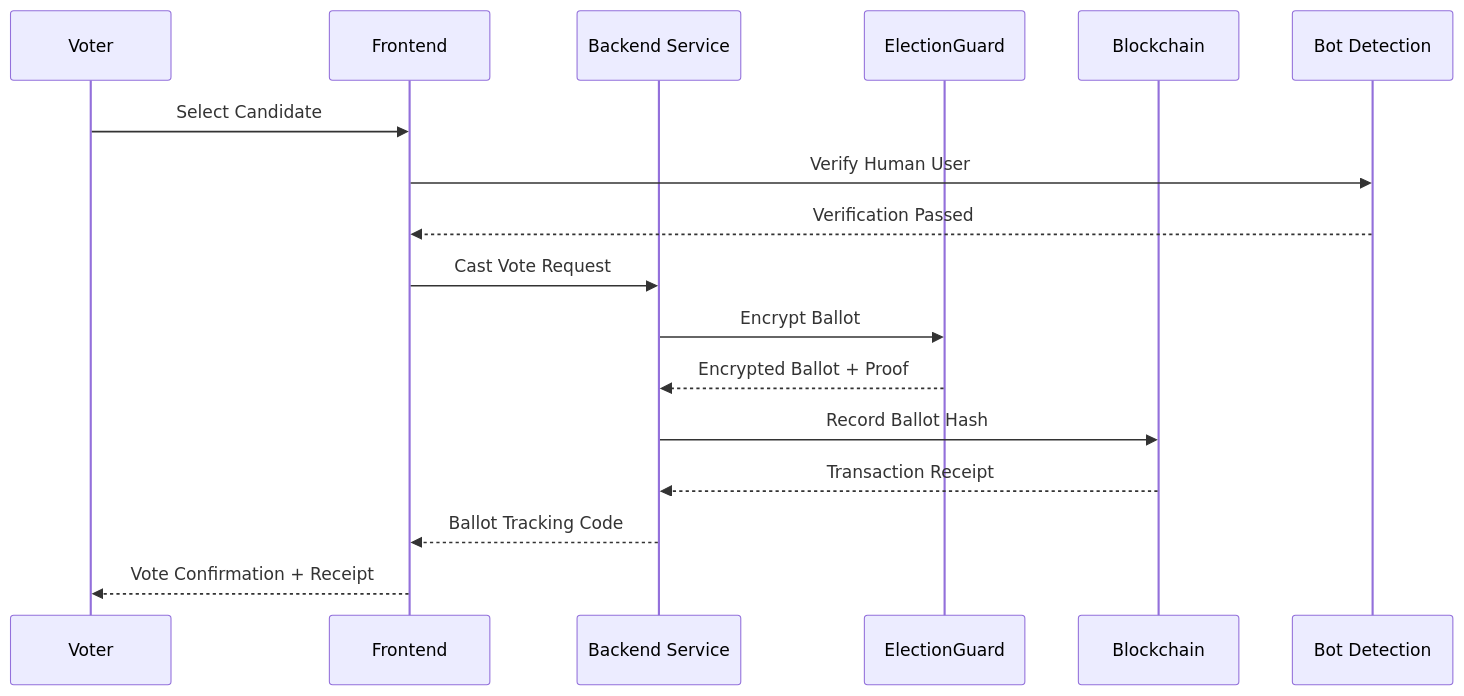
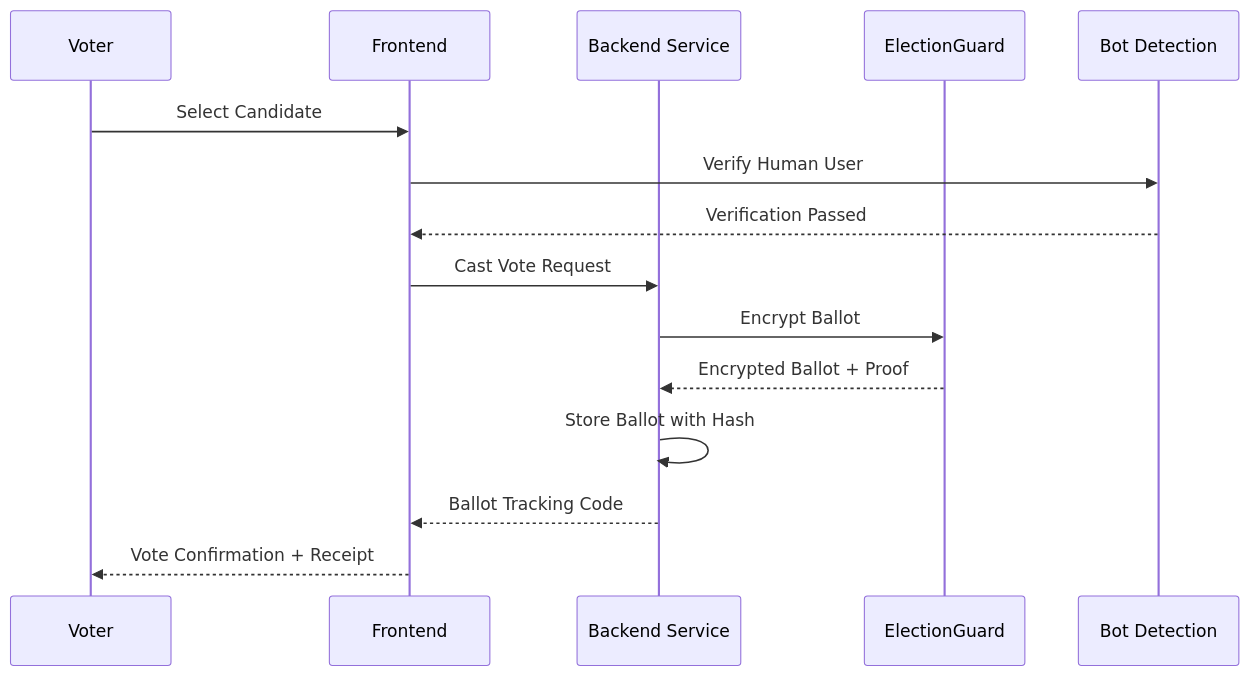
The second of 3 diagrams in backend/src/main/resources/pdf/AmarVote_User_Guide.md (TAR2003/AmarVote), drawn with Mermaid before and after one commit. The commit also changed other lines of this file and 34 other files, not shown here.

````diff
--- a/backend/src/main/resources/pdf/AmarVote_User_Guide.md
+++ b/backend/src/main/resources/pdf/AmarVote_User_Guide.md
@@ -238,20 +221,18 @@
 ```mermaid
 sequenceDiagram
     participant Voter as Voter
     participant Frontend as Frontend
     participant Backend as Backend Service
     participant EG as ElectionGuard
-    participant BC as Blockchain
     participant Bot as Bot Detection
 
     Voter->>Frontend: Select Candidate
     Frontend->>Bot: Verify Human User
     Bot-->>Frontend: Verification Passed
     Frontend->>Backend: Cast Vote Request
     Backend->>EG: Encrypt Ballot
     EG-->>Backend: Encrypted Ballot + Proof
-    Backend->>BC: Record Ballot Hash
-    BC-->>Backend: Transaction Receipt
+    Backend->>Backend: Store Ballot with Hash
     Backend-->>Frontend: Ballot Tracking Code
     Frontend-->>Voter: Vote Confirmation + Receipt
 ```
````
